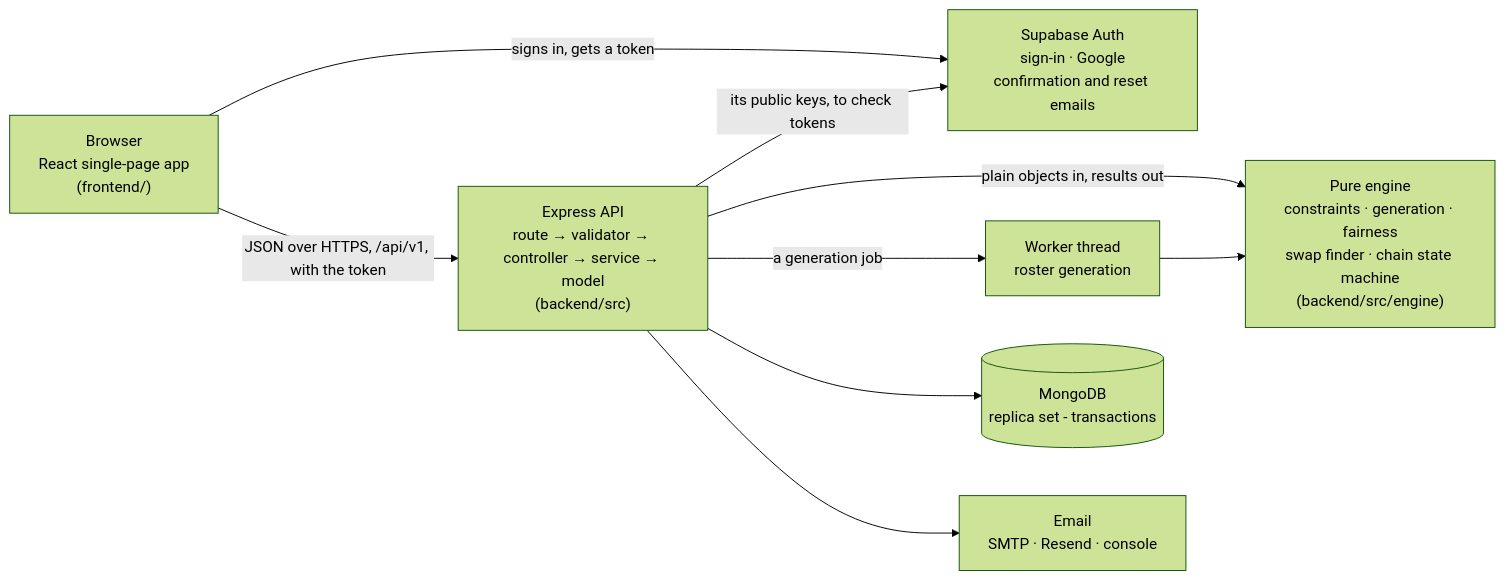
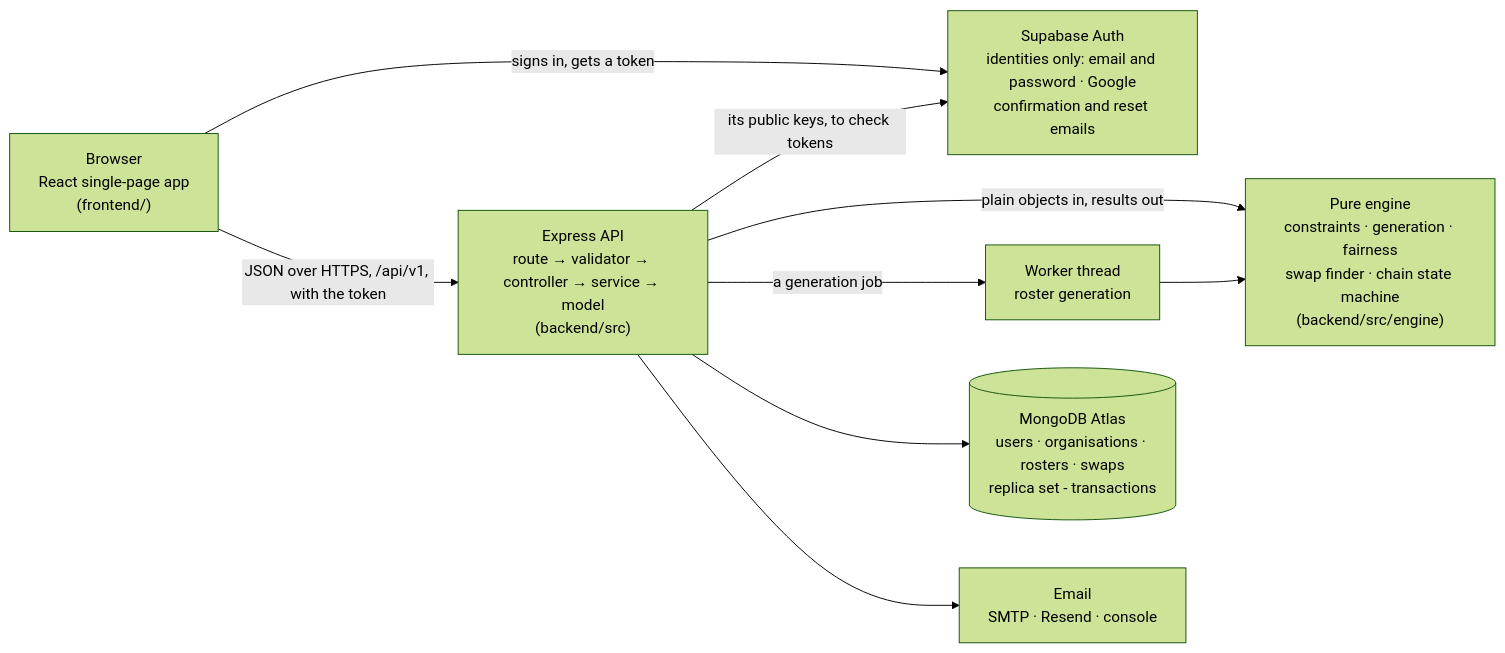
The diagram in README.md (paavanf/relay-FS), drawn with Mermaid (forest theme) before and after one commit. The commit also changed other lines of this file and 14 other files, not shown here.

Commit message:
Update README, deployment docs, and smoke test for Supabase Auth

````diff
--- a/README.md
+++ b/README.md
@@ -28,19 +31,19 @@
 ```mermaid
 flowchart LR
   browser["Browser<br/>React single-page app<br/>(frontend/)"]
   api["Express API<br/>route → validator → controller → service → model<br/>(backend/src)"]
   engine["Pure engine<br/>constraints · generation · fairness<br/>swap finder · chain state machine<br/>(backend/src/engine)"]
   worker["Worker thread<br/>roster generation"]
-  db[("MongoDB<br/>replica set - transactions")]
+  db[("MongoDB Atlas<br/>users · organisations · rosters · swaps<br/>replica set - transactions")]
   mail["Email<br/>SMTP · Resend · console"]
-  auth["Supabase Auth<br/>sign-in · Google<br/>confirmation and reset emails"]
+  auth["Supabase Auth<br/>identities only: email and password · Google<br/>confirmation and reset emails"]
 
   browser -- "signs in, gets a token" --> auth
   browser -- "JSON over HTTPS, /api/v1, with the token" --> api
   api -- "its public keys, to check tokens" --> auth
   api -- "plain objects in, results out" --> engine
   api -- "a generation job" --> worker
   worker --> engine
   api --> db
   api --> mail
 ```
````
